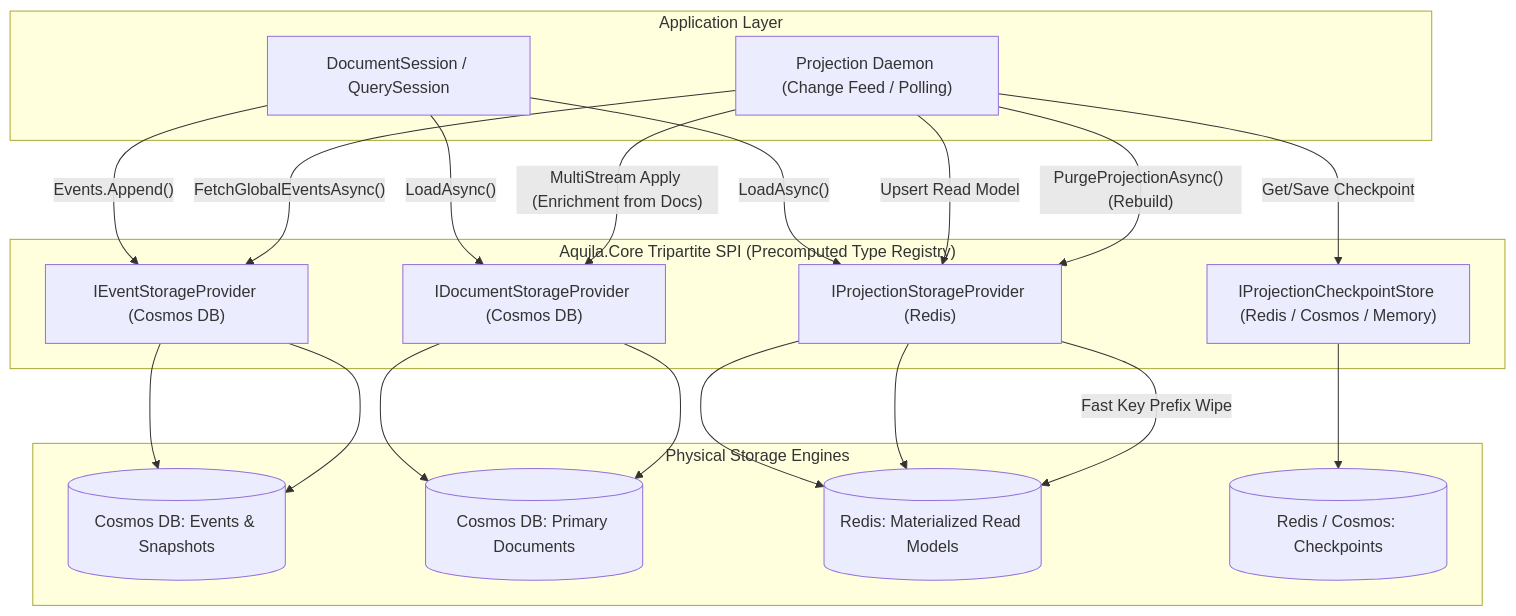
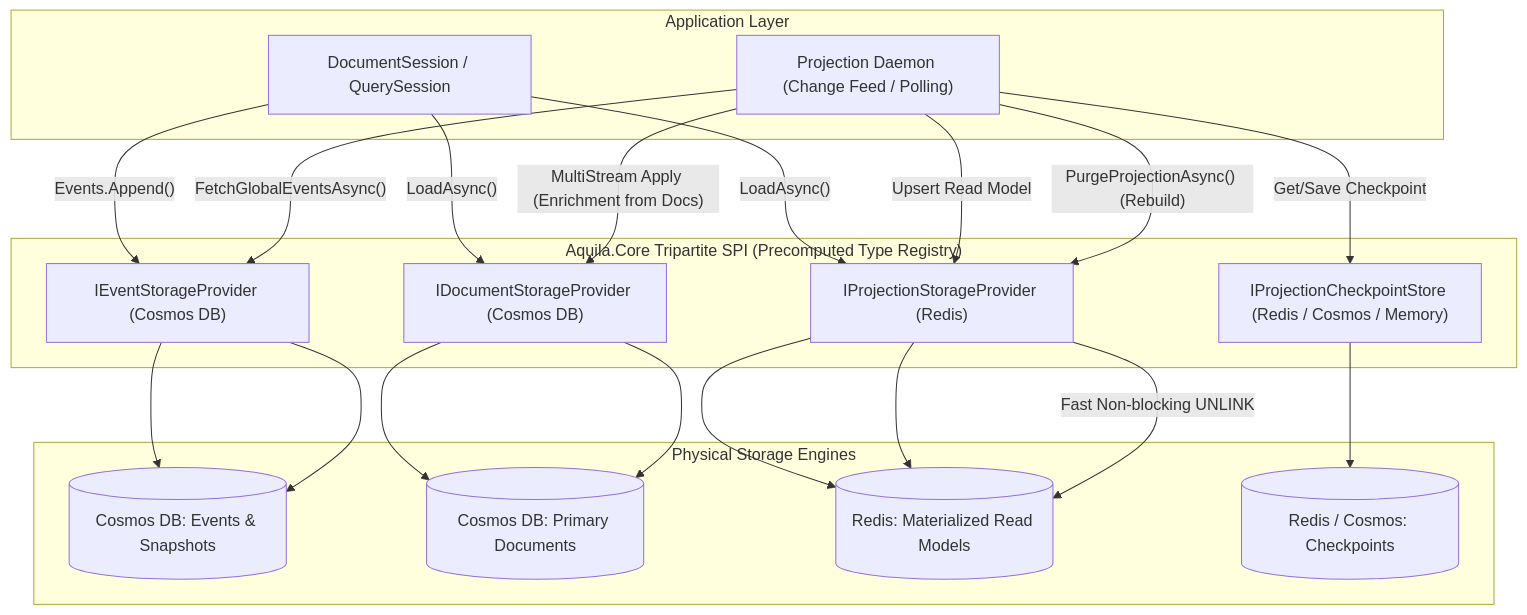
The diagram in docs/TRIPARTITE_POLYGLOT_PROJECTION_STORE_PLAN.md (chadahoochie/Aquila), drawn with Mermaid before and after one commit. The commit also changed other lines of this file and 41 other files, not shown here.

First line of the commit message:
feat: implement tripartite polyglot projection storage architecture

````diff
--- a/docs/TRIPARTITE_POLYGLOT_PROJECTION_STORE_PLAN.md
+++ b/docs/TRIPARTITE_POLYGLOT_PROJECTION_STORE_PLAN.md
@@ -11,30 +11,30 @@
 ```mermaid
 flowchart TD
     subgraph Application ["Application Layer"]
         Session["DocumentSession / QuerySession"]
         Daemon["Projection Daemon (Change Feed / Polling)"]
     end
 
     subgraph StoreOptions ["Aquila.Core Tripartite SPI (Precomputed Type Registry)"]
         EventSPI["IEventStorageProvider (Cosmos DB)"]
         DocSPI["IDocumentStorageProvider (Cosmos DB)"]
         ProjSPI["IProjectionStorageProvider (Redis)"]
         CheckSPI["IProjectionCheckpointStore (Redis / Cosmos / Memory)"]
     end
 
     subgraph PhysicalBackends ["Physical Storage Engines"]
         CosmosEvents[("Cosmos DB: Events & Snapshots")]
         CosmosDocs[("Cosmos DB: Primary Documents")]
         RedisProjections[("Redis: Materialized Read Models")]
         RedisCheckpoints[("Redis / Cosmos: Checkpoints")]
     end
 
     Session -- "Events.Append()" --> EventSPI --> CosmosEvents
     Session -- "LoadAsync<Customer>()" --> DocSPI --> CosmosDocs
     Session -- "LoadAsync<CustomerSummary>()" --> ProjSPI --> RedisProjections
     Daemon -- "FetchGlobalEventsAsync()" --> EventSPI --> CosmosEvents
     Daemon -- "MultiStream Apply (Enrichment from Docs)" --> DocSPI --> CosmosDocs
     Daemon -- "Upsert Read Model" --> ProjSPI --> RedisProjections
     Daemon -- "Get/Save Checkpoint" --> CheckSPI --> RedisCheckpoints
-    Daemon -- "PurgeProjectionAsync() (Rebuild)" --> ProjSPI -- "Fast Key Prefix Wipe" --> RedisProjections
+    Daemon -- "PurgeProjectionAsync() (Rebuild)" --> ProjSPI -- "Fast Non-blocking UNLINK" --> RedisProjections
 ```
````
